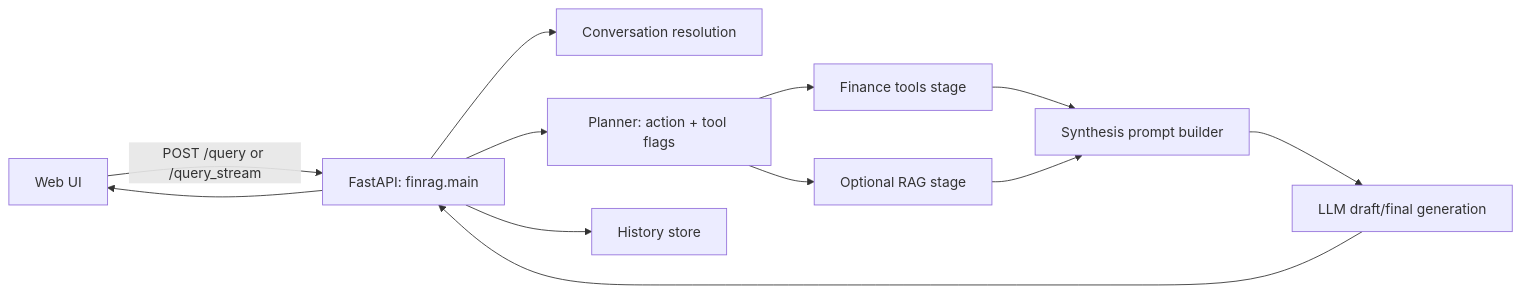
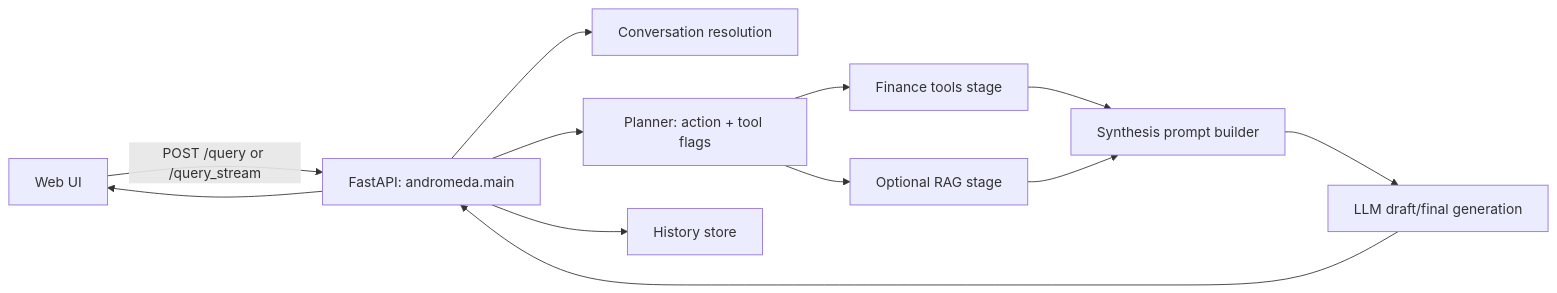
One commit to linminhtoo/andromeda changed the first of 4 diagrams in README.md. Above: the diagram before and after it, drawn with Mermaid. The commit also changed other lines of this file and 138 other files, not shown here.

Commit message:
feat: rename finrag to andromeda

````diff
--- a/README.md
+++ b/README.md
@@ -20,14 +20,14 @@
 ```mermaid
 flowchart LR
-  U[Web UI] -->|POST /query or /query_stream| API[FastAPI: finrag.main]
+  U[Web UI] -->|POST /query or /query_stream| API[FastAPI: andromeda.main]
   API --> C[Conversation resolution]
   API --> P[Planner: action + tool flags]
   P --> T[Finance tools stage]
   P --> R[Optional RAG stage]
   T --> S[Synthesis prompt builder]
   R --> S
   S --> L[LLM draft/final generation]
   L --> API
   API --> H[History store]
   API --> U
 ```
````
